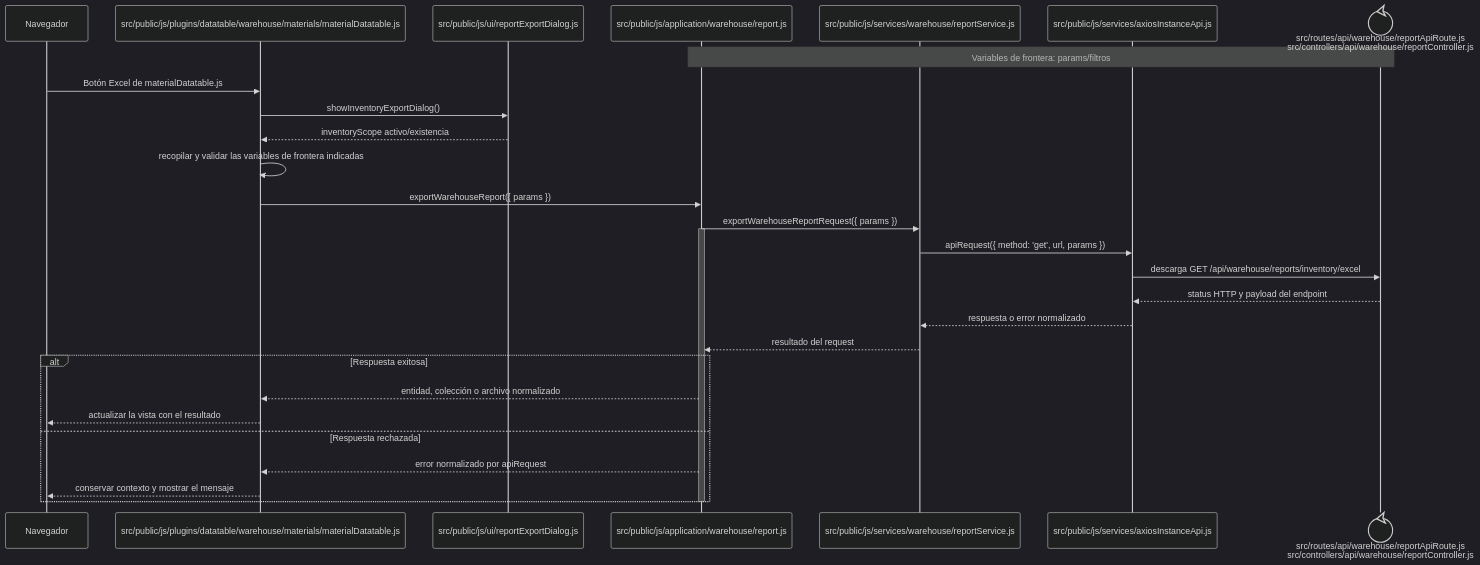
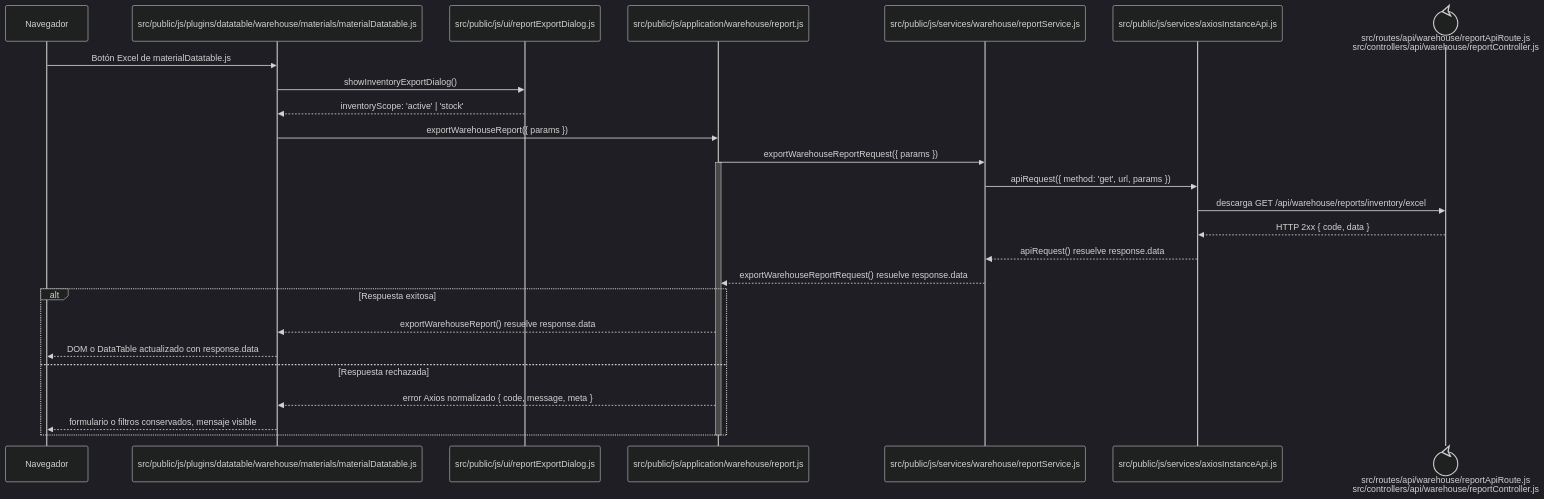
Before and after one commit to gpgsistemas01/nexus: the diagram in docs/architecture/frontend-code-sequences/catalogs/cu-alm-06.md, drawn with Mermaid (dark theme). The commit also changed 148 other files, not shown here.

````diff
--- a/docs/architecture/frontend-code-sequences/catalogs/cu-alm-06.md
+++ b/docs/architecture/frontend-code-sequences/catalogs/cu-alm-06.md
@@ -6,32 +6,30 @@
 ```mermaid
 sequenceDiagram
     participant Browser as Navegador
     participant View as src/public/js/plugins/datatable/warehouse/materials/materialDatatable.js
     participant Dialog as src/public/js/ui/reportExportDialog.js
     participant Application as src/public/js/application/warehouse/report.js
     participant Request as src/public/js/services/warehouse/reportService.js
     participant HTTP as src/public/js/services/axiosInstanceApi.js
     participant Transport@{ "type": "control" } as src/routes/api/warehouse/reportApiRoute.js<br/>src/controllers/api/warehouse/reportController.js
-    Note over Application,Transport: Variables de frontera: params/filtros
 
     Browser->>View: Botón Excel de materialDatatable.js
     View->>Dialog: showInventoryExportDialog()
-    Dialog-->>View: inventoryScope activo/existencia
-    View->>View: recopilar y validar las variables de frontera indicadas
+    Dialog-->>View: inventoryScope: 'active' | 'stock'
     View->>Application: exportWarehouseReport({ params })
     Application->>Request: exportWarehouseReportRequest({ params })
     activate Application
     Request->>HTTP: apiRequest({ method: 'get', url, params })
     HTTP->>Transport: descarga GET /api/warehouse/reports/inventory/excel
-    Transport-->>HTTP: status HTTP y payload del endpoint
-    HTTP-->>Request: respuesta o error normalizado
-    Request-->>Application: resultado del request
+    Transport-->>HTTP: HTTP 2xx { code, data }
+    HTTP-->>Request: apiRequest() resuelve response.data
+    Request-->>Application: exportWarehouseReportRequest() resuelve response.data
     alt Respuesta exitosa
-        Application-->>View: entidad, colección o archivo normalizado
-        View-->>Browser: actualizar la vista con el resultado
+        Application-->>View: exportWarehouseReport() resuelve response.data
+        View-->>Browser: DOM o DataTable actualizado con response.data
     else Respuesta rechazada
-        Application-->>View: error normalizado por apiRequest
-        View-->>Browser: conservar contexto y mostrar el mensaje
+        Application-->>View: error Axios normalizado { code, message, meta }
+        View-->>Browser: formulario o filtros conservados, mensaje visible
     end
     deactivate Application
 ```
````
